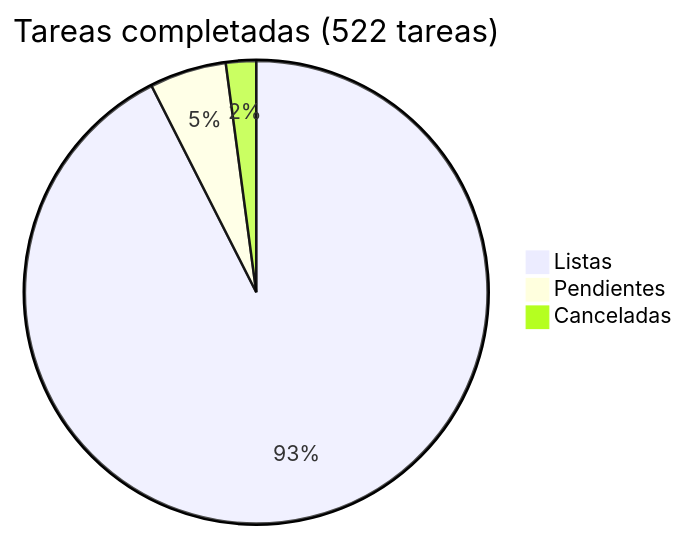
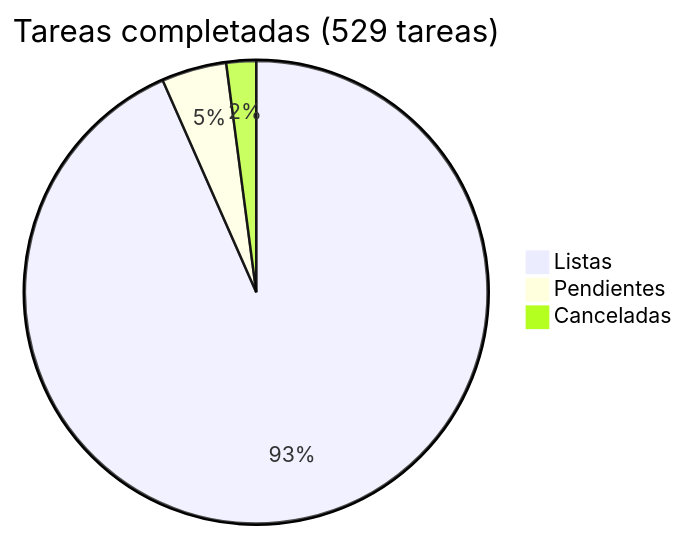
One commit to araguaney-org/araguaney changed the diagram in docs/roadmap/README.md. Above: the diagram before and after it, drawn with Mermaid. The commit also changed other lines of this file and 27 other files, not shown here.

````diff
--- a/docs/roadmap/README.md
+++ b/docs/roadmap/README.md
@@ -5,6 +5,6 @@
 ```mermaid
-pie title Tareas completadas (522 tareas)
-    "Listas" : 483
-    "Pendientes" : 28
+pie title Tareas completadas (529 tareas)
+    "Listas" : 494
+    "Pendientes" : 24
     "Canceladas" : 11
 ```
````
